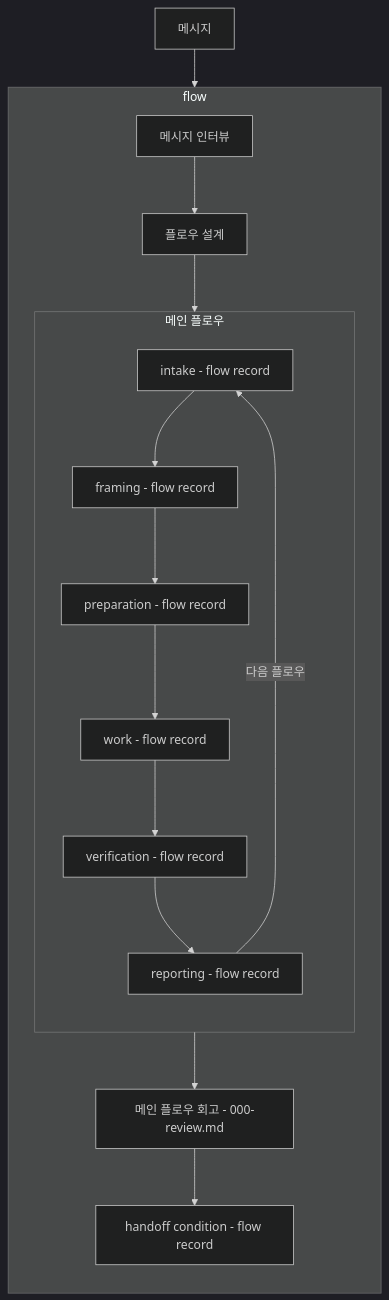
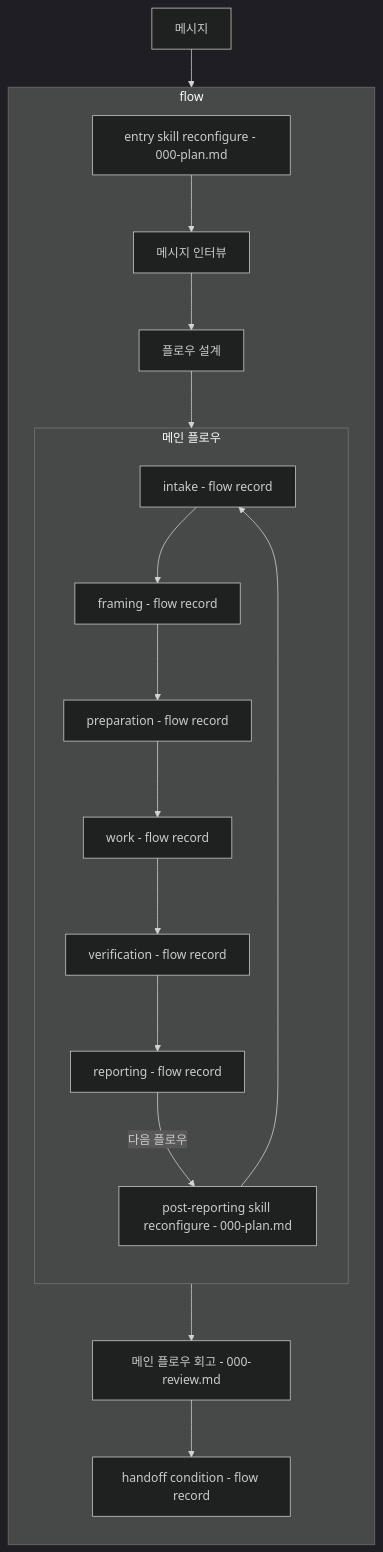
Before and after one commit to opnay/agent-plugins: the first of 3 diagrams in src/loop-kit-dev/specs/skills/flow/intent.md, drawn with Mermaid (dark theme). The commit also changed other lines of this file and 24 other files, not shown here.

First line of the commit message:
fix: run flow skill reconfigure after reporting

````diff
--- a/src/loop-kit-dev/specs/skills/flow/intent.md
+++ b/src/loop-kit-dev/specs/skills/flow/intent.md
@@ -5,23 +5,25 @@
 ```mermaid
 graph TD
-  MESSAGE[메시지] --> INTERVIEW
+  MESSAGE[메시지] --> ENTRY_RECONFIG
 
   subgraph FLOW[flow]
     direction TB
+    ENTRY_RECONFIG[entry skill reconfigure - 000-plan.md] --> INTERVIEW
     INTERVIEW[메시지 인터뷰] --> DESIGN[플로우 설계]
     DESIGN --> MAIN
 
     subgraph MAIN[메인 플로우]
       direction TB
       INTAKE[intake - flow record] --> FRAMING[framing - flow record]
       FRAMING --> PREP[preparation - flow record]
       PREP --> WORK[work - flow record]
       WORK --> VERIFY[verification - flow record]
       VERIFY --> REPORT[reporting - flow record]
-      REPORT -->|다음 플로우| INTAKE
+      REPORT -->|다음 플로우| POST_REPORT_RECONFIG[post-reporting skill reconfigure - 000-plan.md]
+      POST_REPORT_RECONFIG --> INTAKE
     end
 
     MAIN --> REVIEW[메인 플로우 회고 - 000-review.md]
     REVIEW --> HANDOFF[handoff condition - flow record]
   end
 ```
````
